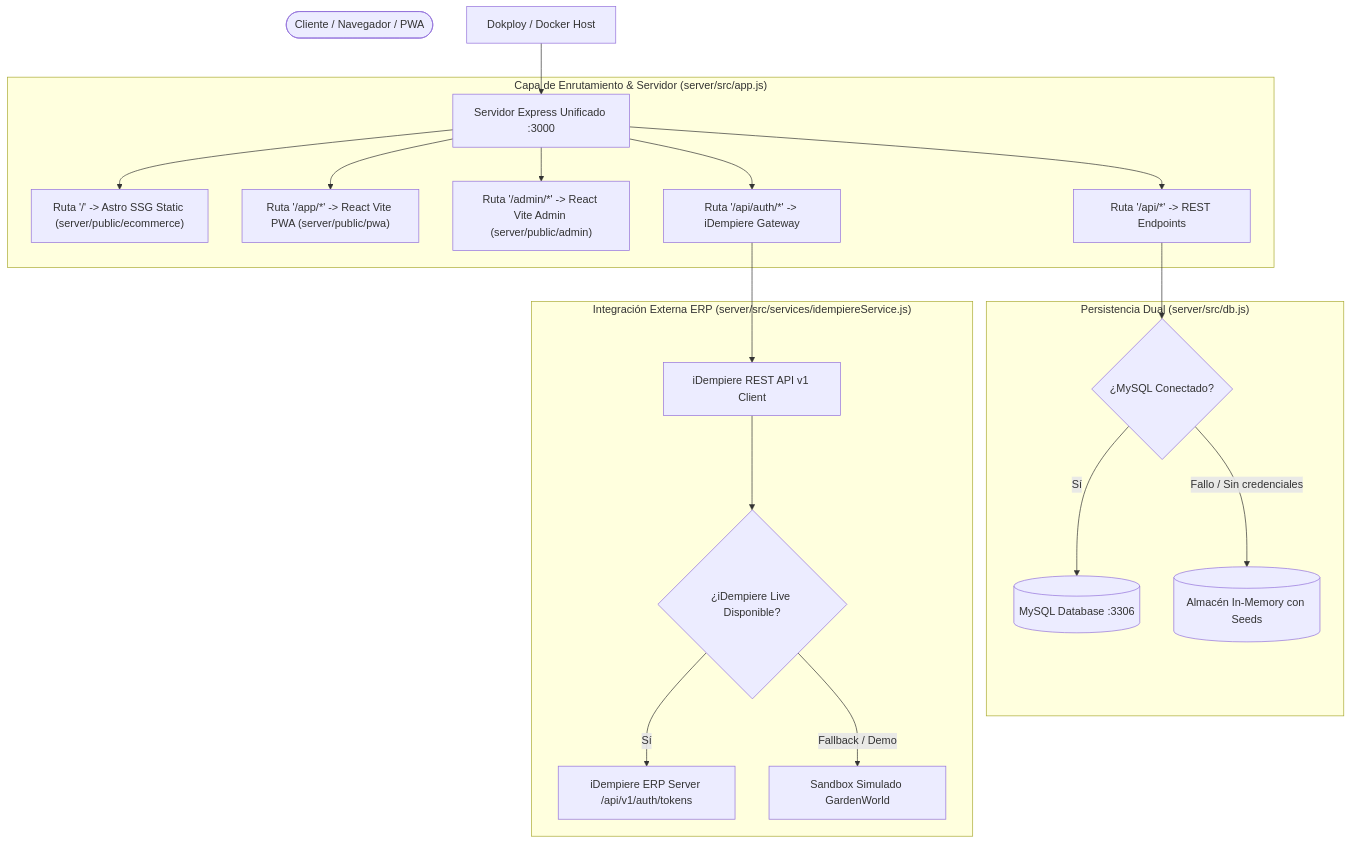
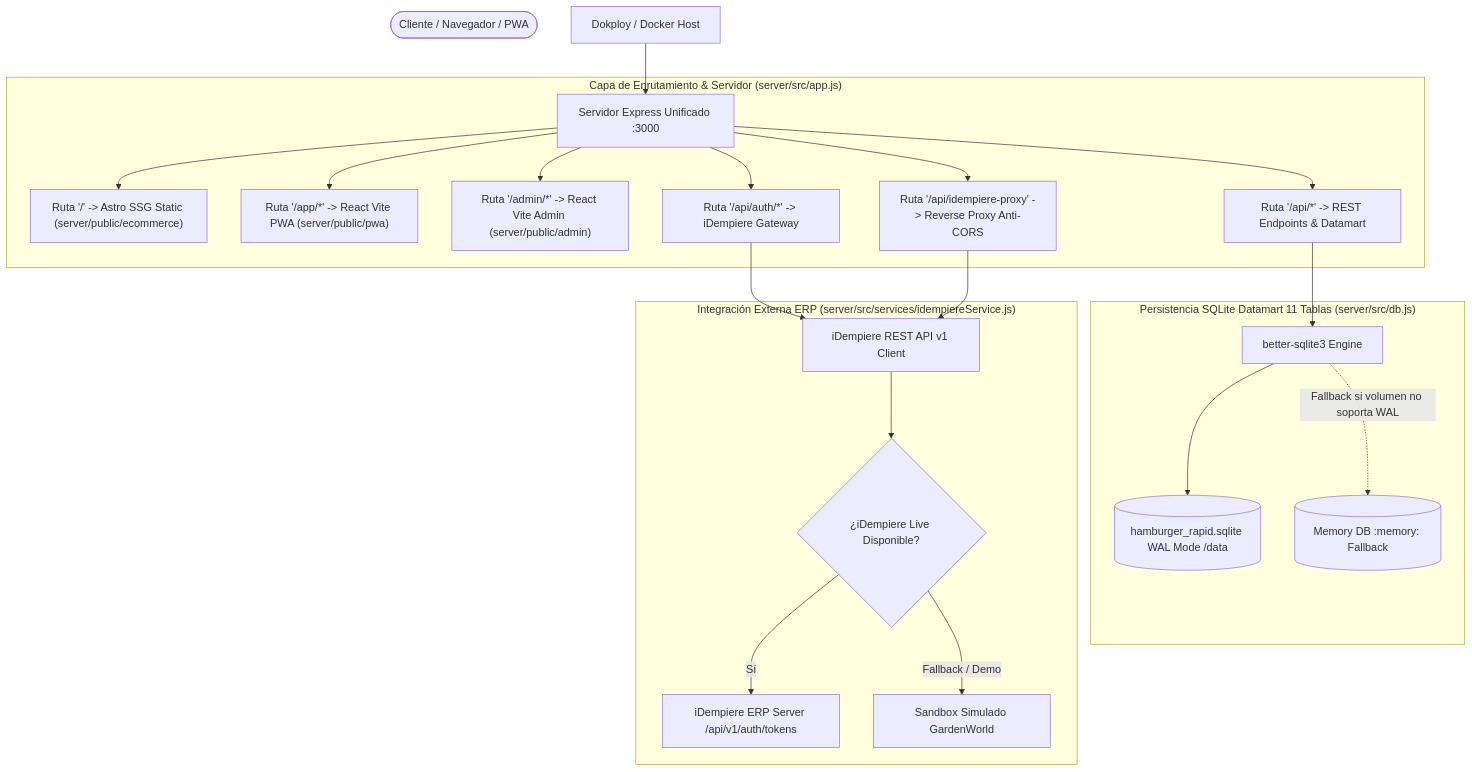
The first of 3 diagrams in ARCHITECTURE.md (gdinacom-ux/laboratorio1), drawn with Mermaid before and after one commit. The commit also changed other lines of this file and 32 other files, not shown here.

Commit message:
feat: port modular dashboard, collapsible sidebar navbar, 11-table sqlite datamart, and idempiere erp sync from rapidfood_with_erp

````diff
--- a/ARCHITECTURE.md
+++ b/ARCHITECTURE.md
@@ -11,26 +11,28 @@
 ```mermaid
 graph TD
     User([Cliente / Navegador / PWA])
     Dokploy[Dokploy / Docker Host] --> NodeServer[Servidor Express Unificado :3000]
 
     subgraph "Capa de Enrutamiento & Servidor (server/src/app.js)"
         NodeServer --> RouteEcom["Ruta '/' -> Astro SSG Static (server/public/ecommerce)"]
         NodeServer --> RoutePWA["Ruta '/app/*' -> React Vite PWA (server/public/pwa)"]
         NodeServer --> RouteAdmin["Ruta '/admin/*' -> React Vite Admin (server/public/admin)"]
-        NodeServer --> RouteAPI["Ruta '/api/*' -> REST Endpoints"]
+        NodeServer --> RouteAPI["Ruta '/api/*' -> REST Endpoints & Datamart"]
         NodeServer --> RouteAuth["Ruta '/api/auth/*' -> iDempiere Gateway"]
+        NodeServer --> RouteProxy["Ruta '/api/idempiere-proxy' -> Reverse Proxy Anti-CORS"]
     end
 
-    subgraph "Persistencia Dual (server/src/db.js)"
-        RouteAPI --> DBRouter{¿MySQL Conectado?}
-        DBRouter -- Sí --> MySQL[(MySQL Database :3306)]
-        DBRouter -- Fallo / Sin credenciales --> InMemory[(Almacén In-Memory con Seeds)]
+    subgraph "Persistencia SQLite Datamart 11 Tablas (server/src/db.js)"
+        RouteAPI --> SQLiteEngine[better-sqlite3 Engine]
+        SQLiteEngine --> SQLiteFile[(hamburger_rapid.sqlite WAL Mode /data)]
+        SQLiteEngine -. Fallback si volumen no soporta WAL .-> SQLiteMem[(Memory DB :memory: Fallback)]
     end
 
     subgraph "Integración Externa ERP (server/src/services/idempiereService.js)"
         RouteAuth --> ERPClient[iDempiere REST API v1 Client]
+        RouteProxy --> ERPClient
         ERPClient --> ERPCheck{¿iDempiere Live Disponible?}
         ERPCheck -- Sí --> IdempiereLive[iDempiere ERP Server /api/v1/auth/tokens]
         ERPCheck -- Fallback / Demo --> SandboxGardenWorld[Sandbox Simulado GardenWorld]
     end
 ```
````
